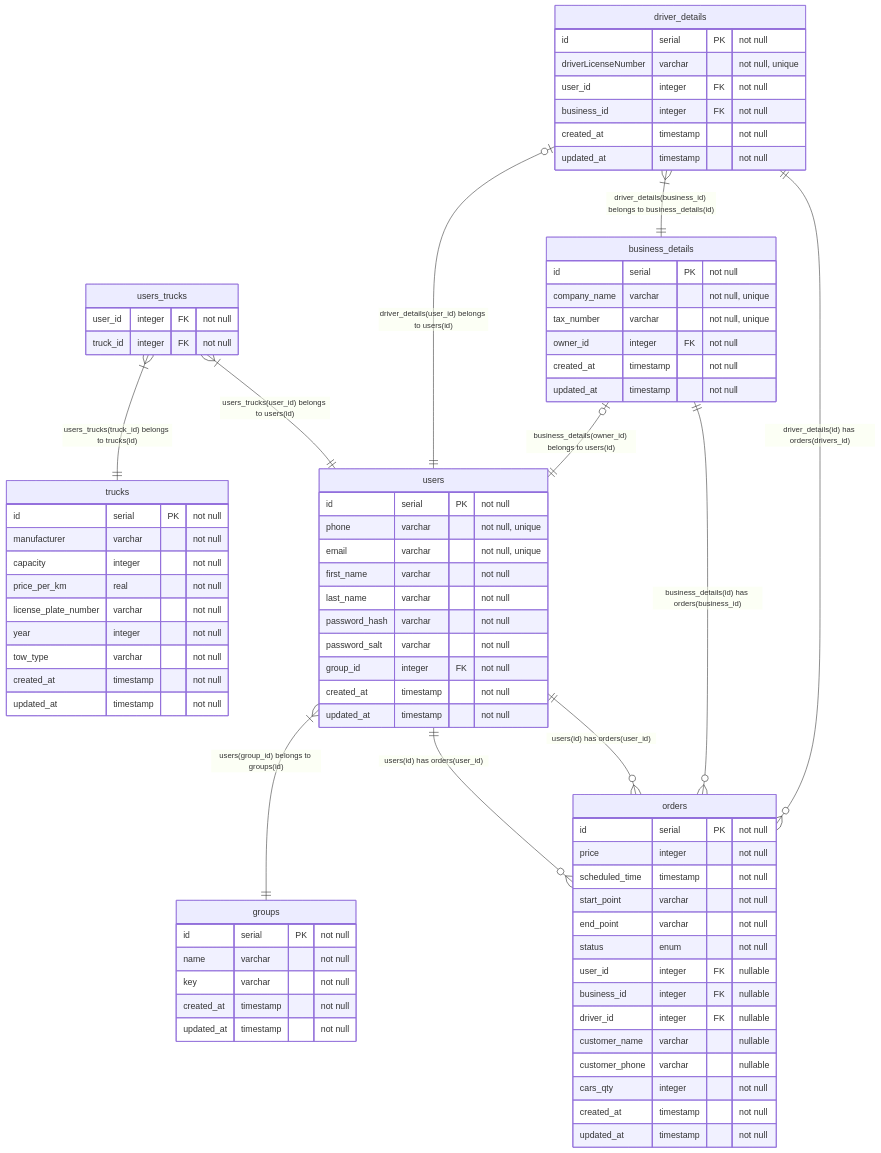
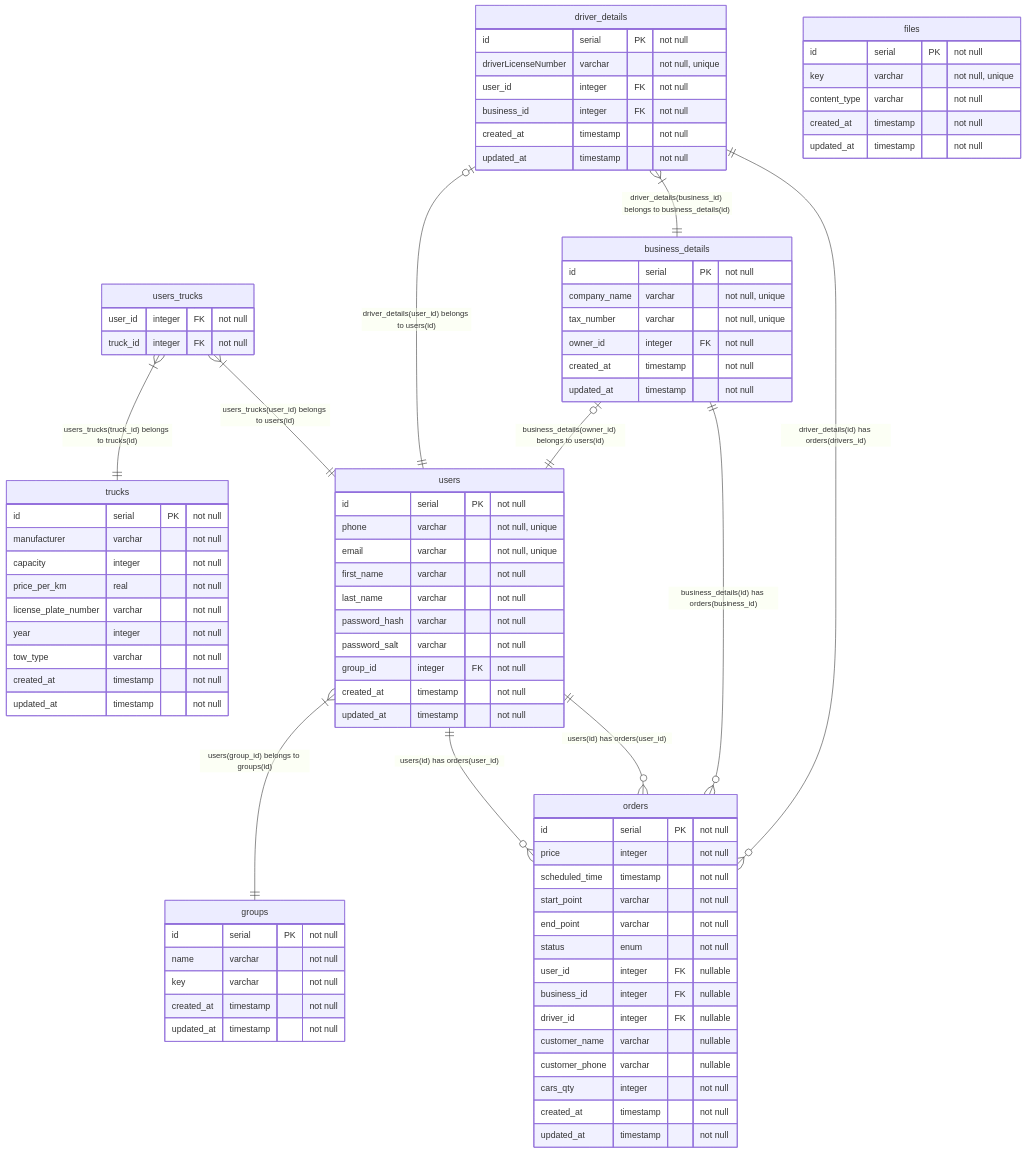
The diagram in readme.md (BinaryStudioAcademy/bsa-2023-towhub), drawn with Mermaid before and after one commit. The commit also changed 23 other files, not shown here.

```diff
--- a/readme.md
+++ b/readme.md
@@ -112,7 +112,13 @@
         created_at timestamp "not null"
         updated_at timestamp "not null"
     }
-
+    files {
+      id serial PK "not null"
+      key varchar "not null, unique"
+      content_type varchar "not null"
+      created_at timestamp "not null"
+      updated_at timestamp "not null"
+    }
     users_trucks one or many -- one trucks: "users_trucks(truck_id) belongs to trucks(id)"
     users_trucks one or many -- one users: "users_trucks(user_id) belongs to users(id)"
     users one or many -- one groups: "users(group_id) belongs to groups(id)"
```
